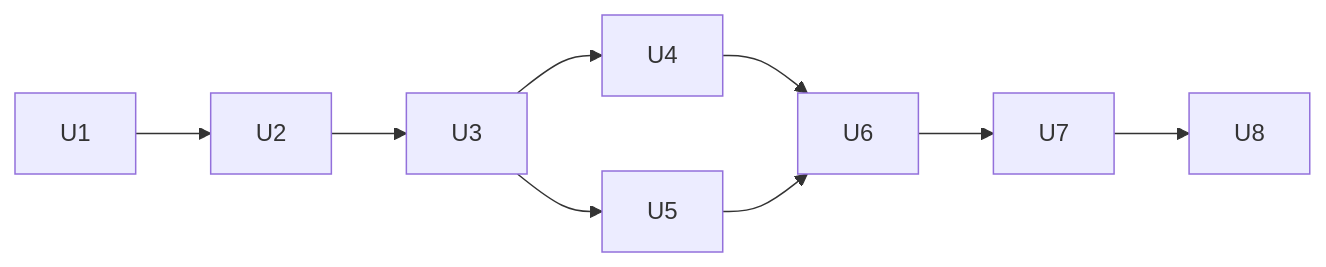
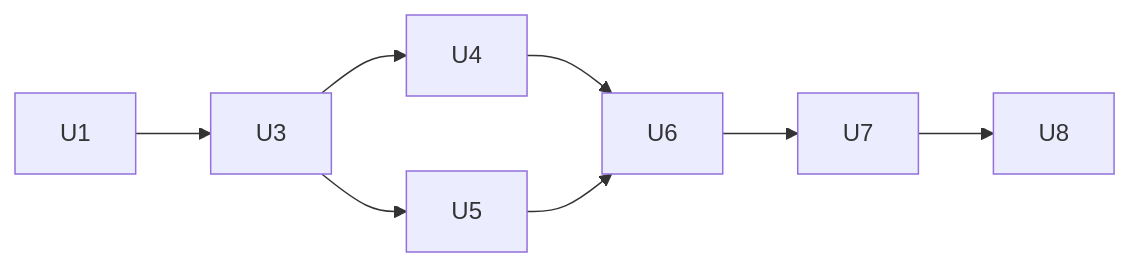
Before and after one commit to langware-labs/flowpad: the sixth of 6 diagrams in docs/plans/2026-09-27-1240-feat-project-share-invite-thread-plan.md, drawn with Mermaid. The commit also changed other lines of this file and 56 other files, not shown here.

First line of the commit message:
FLOWPAD-2168: Project invite message + Install project chip, teams in the members popover

````diff
--- a/docs/plans/2026-09-27-1240-feat-project-share-invite-thread-plan.md
+++ b/docs/plans/2026-09-27-1240-feat-project-share-invite-thread-plan.md
@@ -333,10 +268,10 @@
 ```mermaid
 flowchart LR
-  U1 --> U2 --> U3
+  U1 --> U3
   U3 --> U4
   U3 --> U5
   U4 --> U6
   U5 --> U6
   U6 --> U7
   U7 --> U8
 ```
````
